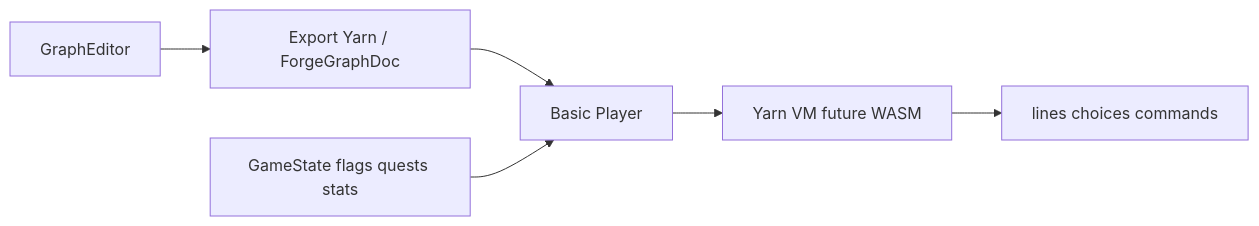
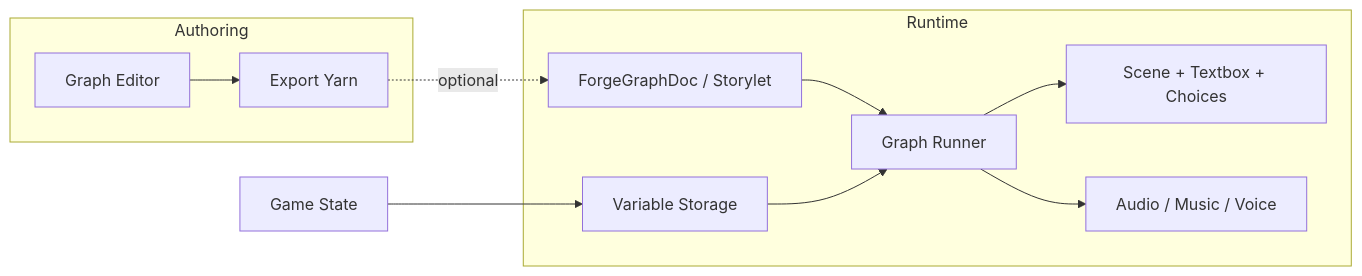
The diagram in docs/plans/migration-forge-agent/50-game-state-and-player.md (MagicbornStudios/dialogue-forge), drawn with Mermaid before and after one commit. The commit also changed other lines of this file and 52 other files, not shown here.

Commit message:
created susbstantial plans for forge migration and enhanced player

````diff
--- a/docs/plans/migration-forge-agent/50-game-state-and-player.md
+++ b/docs/plans/migration-forge-agent/50-game-state-and-player.md
@@ -25,14 +26,21 @@
 ```mermaid
 flowchart LR
-  GraphEditor[GraphEditor]
-  Export[Export Yarn / ForgeGraphDoc]
-  GameState[GameState flags quests stats]
-  Player[Basic Player]
-  VM[Yarn VM future WASM]
-  Out[lines choices commands]
-  GraphEditor --> Export
-  Export --> Player
-  GameState --> Player
-  Player --> VM
-  VM --> Out
+  subgraph Authoring
+    GraphEditor[Graph Editor]
+    Export[Export Yarn]
+    GraphEditor --> Export
+  end
+  subgraph Runtime
+    Graph[ForgeGraphDoc / Storylet]
+    VarStore[Variable Storage]
+    Runner[Graph Runner]
+    Scene[Scene + Textbox + Choices]
+    Audio[Audio / Music / Voice]
+    Graph --> Runner
+    VarStore --> Runner
+    Runner --> Scene
+    Runner --> Audio
+  end
+  GameState[Game State] --> VarStore
+  Export -.->|optional| Graph
 ```
````
